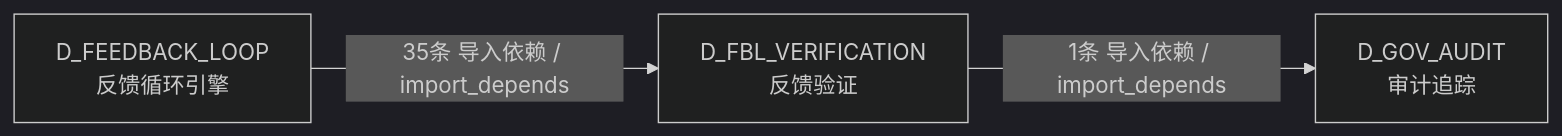
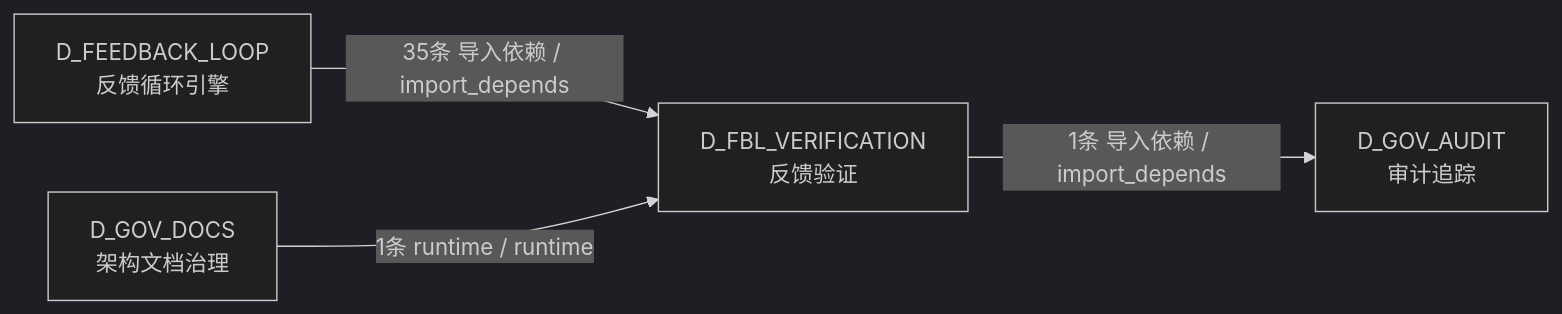
Before and after one commit to xuanFelixVan/ZephyrAlpha: the sixth of 6 diagrams in docs/02_enterprise_architecture/02_domain_architecture_docs/13_d_fbl_verification.md, drawn with Mermaid (dark theme). The commit also changed other lines of this file and 101 other files, not shown here.

````diff
--- a/docs/02_enterprise_architecture/02_domain_architecture_docs/13_d_fbl_verification.md
+++ b/docs/02_enterprise_architecture/02_domain_architecture_docs/13_d_fbl_verification.md
@@ -489,8 +492,10 @@
 ```mermaid
 graph LR
     D_FBL_VERIFICATION["D_FBL_VERIFICATION<br/>反馈验证"]
     D_GOV_AUDIT["D_GOV_AUDIT<br/>审计追踪"]
     D_FEEDBACK_LOOP["D_FEEDBACK_LOOP<br/>反馈循环引擎"]
+    D_GOV_DOCS["D_GOV_DOCS<br/>架构文档治理"]
     D_FBL_VERIFICATION -->|1条 导入依赖 / import_depends| D_GOV_AUDIT
     D_FEEDBACK_LOOP -->|35条 导入依赖 / import_depends| D_FBL_VERIFICATION
+    D_GOV_DOCS -->|1条 runtime / runtime| D_FBL_VERIFICATION
 ```
````
